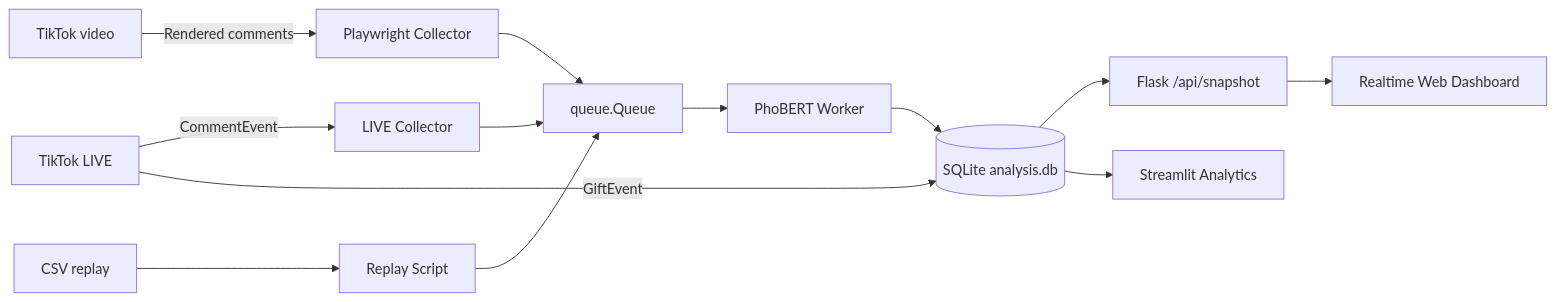
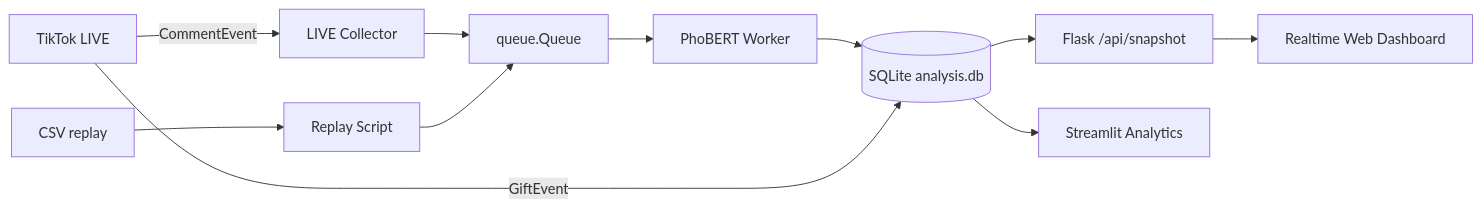
One commit to danhyoyo/north_south_discrimination changed the diagram in README.md. Above: the diagram before and after it, drawn with Mermaid. The commit also changed other lines of this file and 5 other files, not shown here.

Commit message:
Remove non-LIVE TikTok collector

````diff
--- a/README.md
+++ b/README.md
@@ -66,17 +65,15 @@
 ```mermaid
 flowchart LR
     LIVE["TikTok LIVE"] -->|CommentEvent| COLLECTOR["LIVE Collector"]
-    VIDEO["TikTok video"] -->|Rendered comments| BROWSER["Playwright Collector"]
     CSV["CSV replay"] --> REPLAY["Replay Script"]
 
     COLLECTOR --> QUEUE["queue.Queue"]
-    BROWSER --> QUEUE
     REPLAY --> QUEUE
     QUEUE --> WORKER["PhoBERT Worker"]
     WORKER --> DB[("SQLite analysis.db")]
 
     LIVE -->|GiftEvent| DB
     DB --> API["Flask /api/snapshot"]
     API --> WEB["Realtime Web Dashboard"]
     DB --> STREAMLIT["Streamlit Analytics"]
 ```
````
